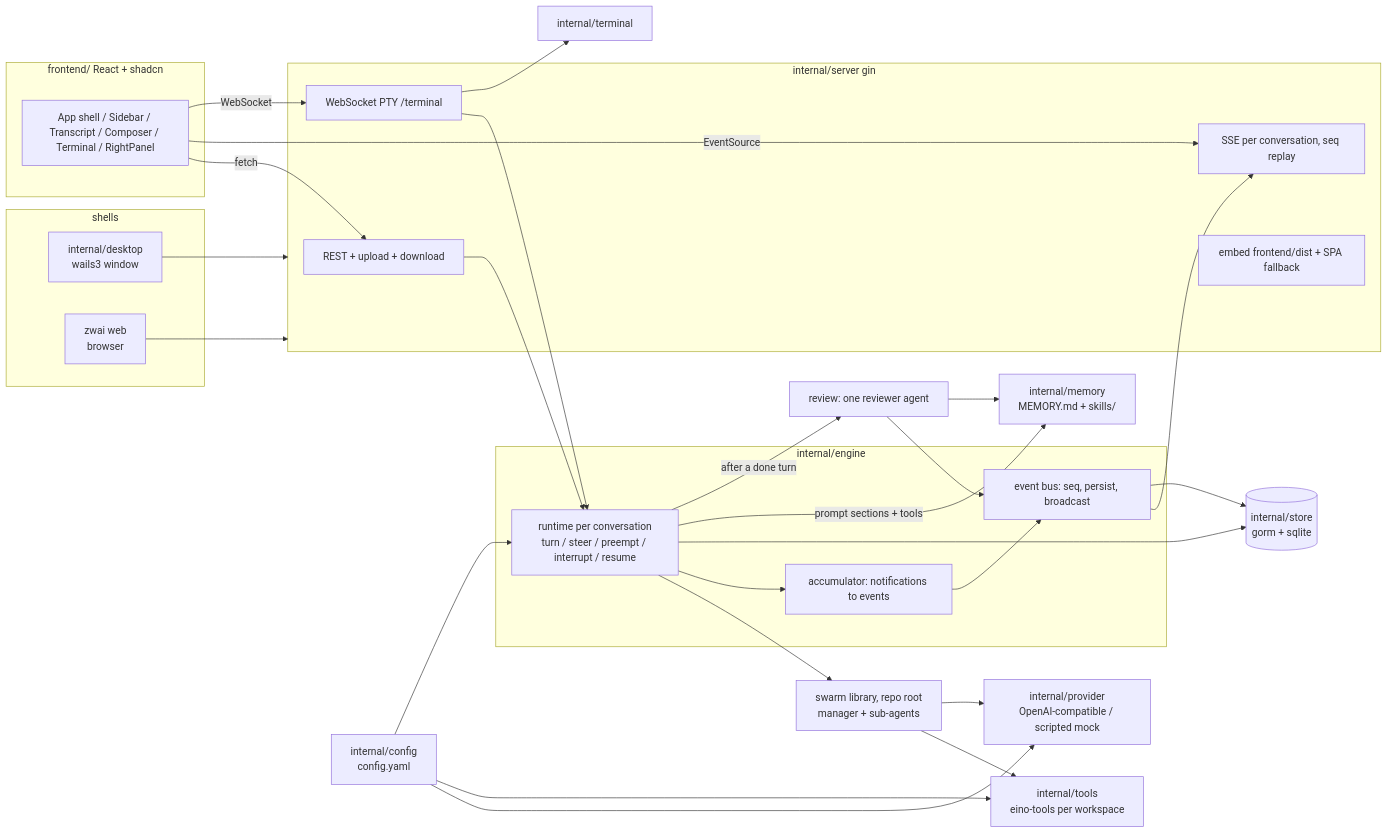
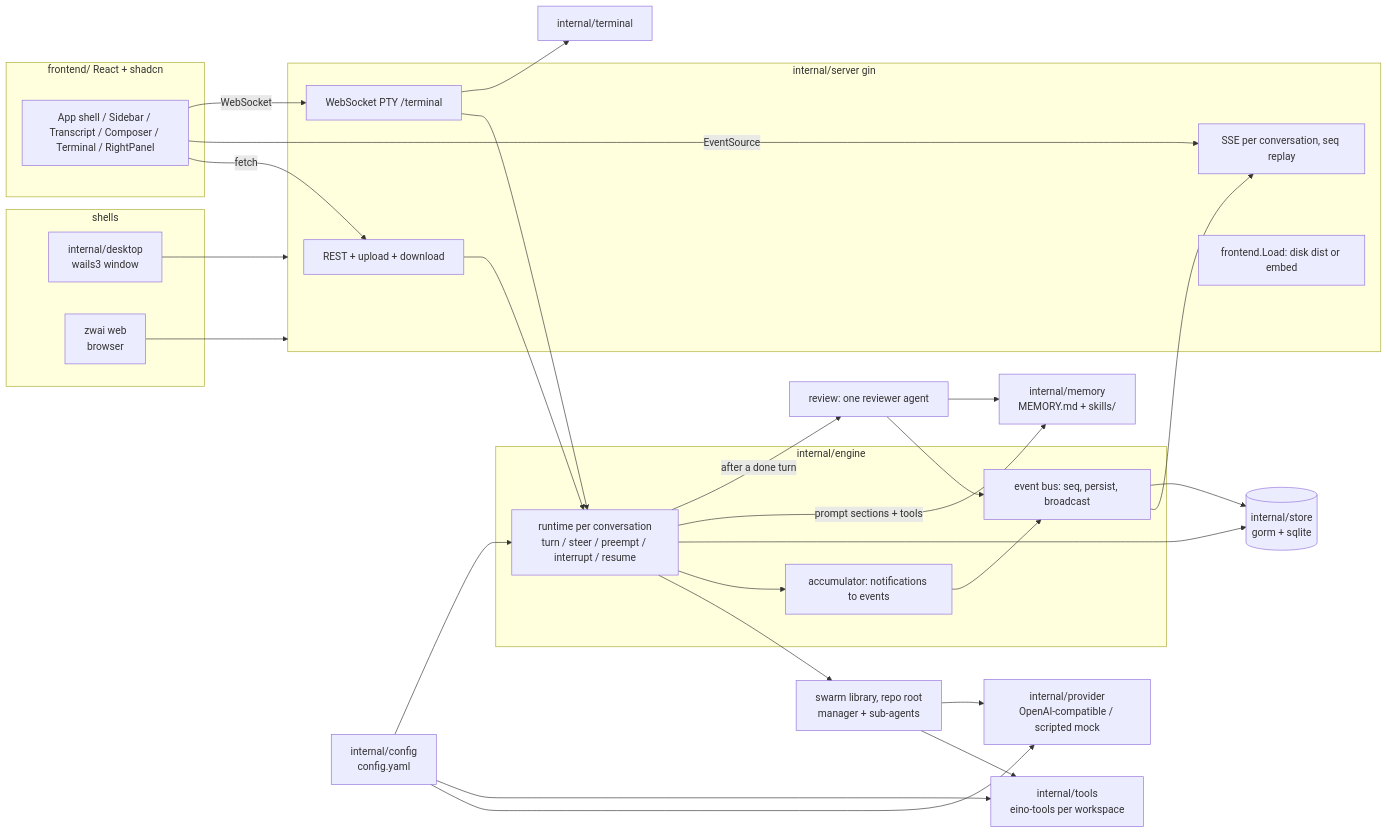
The first of 2 diagrams in ARCHITECTURE.md (LubyRuffy/eino-swarm), drawn with Mermaid before and after one commit. The commit also changed other lines of this file and 205 other files, not shown here.

````diff
--- a/ARCHITECTURE.md
+++ b/ARCHITECTURE.md
@@ -9,48 +9,48 @@
 ```mermaid
 flowchart LR
   subgraph shells
     Desktop[internal/desktop<br/>wails3 window]
     Browser[zwai web<br/>browser]
   end
   subgraph frontend [frontend/ React + shadcn]
     UI[App shell / Sidebar / Transcript / Composer / Terminal / RightPanel]
   end
   subgraph server [internal/server gin]
     REST[REST + upload + download]
     SSE[SSE per conversation, seq replay]
     PTYWS[WebSocket PTY /terminal]
-    Static[embed frontend/dist + SPA fallback]
+    Static[frontend.Load: disk dist or embed]
   end
   subgraph engine [internal/engine]
     RT[runtime per conversation<br/>turn / steer / preempt / interrupt / resume]
     Bus[event bus: seq, persist, broadcast]
     Acc[accumulator: notifications to events]
   end
   Swarm[swarm library, repo root<br/>manager + sub-agents]
   Tools[internal/tools<br/>eino-tools per workspace]
   Pool[internal/provider<br/>OpenAI-compatible / scripted mock]
   Store[(internal/store<br/>gorm + sqlite)]
   Cfg[internal/config<br/>config.yaml]
 
   Desktop --> server
   Browser --> server
   UI -->|fetch| REST
   UI -->|EventSource| SSE
   UI -->|WebSocket| PTYWS
   REST --> RT
   PTYWS --> RT
   PTYWS --> TermPkg[internal/terminal]
   RT --> Swarm --> Tools
   Swarm --> Pool
   RT --> Acc --> Bus --> SSE
   Bus --> Store
   RT --> Store
   Cfg --> Pool
   Cfg --> Tools
   Cfg --> RT
   Mem[internal/memory<br/>MEMORY.md + skills/]
   RT -->|prompt sections + tools| Mem
   RT -->|after a done turn| Review[review: one reviewer agent]
   Review --> Mem
   Review --> Bus
 ```
````
